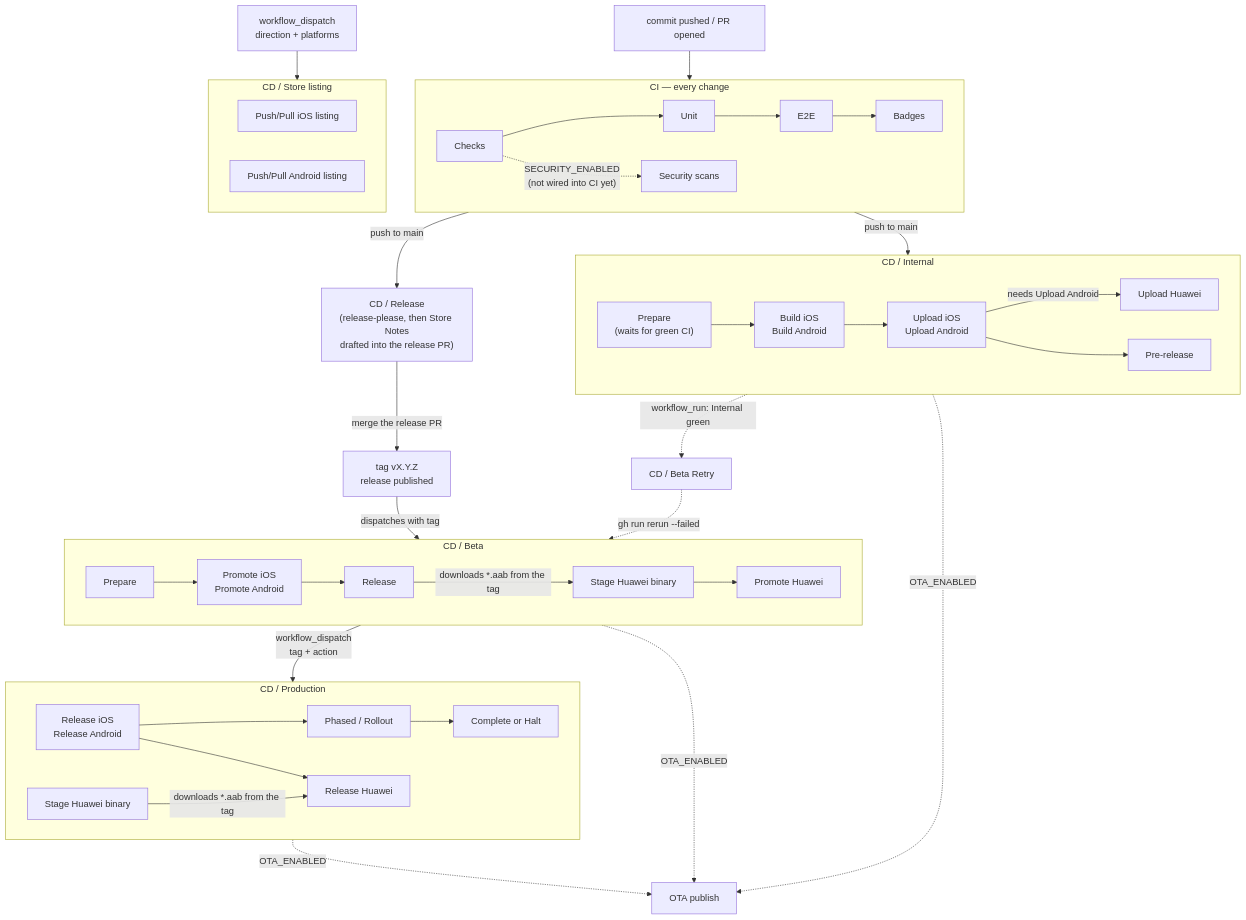
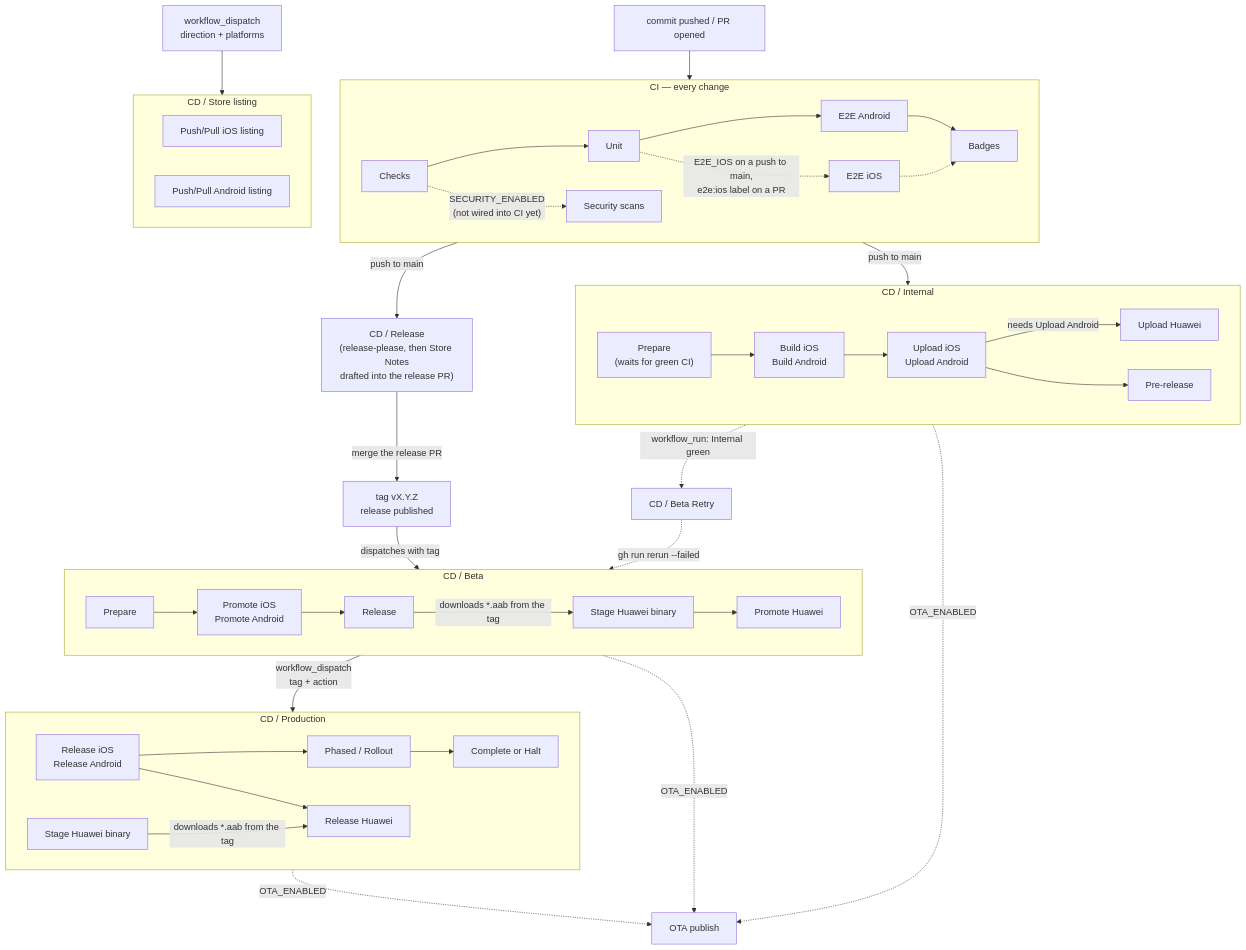
The diagram in docs/ci.md (blinkbitcoin/react-native-mobile-template), drawn with Mermaid before and after one commit. The commit also changed other lines of this file and 3 other files, not shown here.

````diff
--- a/docs/ci.md
+++ b/docs/ci.md
@@ -23,55 +23,56 @@
 ```mermaid
 flowchart TD
   commit["commit pushed / PR opened"] --> CI
 
   subgraph CI["CI — every change"]
     direction LR
-    checks["Checks"] --> unit["Unit"] --> e2e["E2E"] --> badges["Badges"]
+    checks["Checks"] --> unit["Unit"] --> e2e["E2E Android"] --> badges["Badges"]
+    unit -.->|"E2E_IOS on a push to main,<br/>e2e:ios label on a PR"| e2eios["E2E iOS"] -.-> badges
     checks -.->|"SECURITY_ENABLED<br/>(not wired into CI yet)"| sec["Security scans"]
   end
 
   CI -->|"push to main"| rp["CD / Release<br/>(release-please, then Store Notes<br/>drafted into the release PR)"]
   CI -->|"push to main"| internal
 
   subgraph internal["CD / Internal"]
     direction LR
     prep["Prepare<br/>(waits for green CI)"] --> builds["Build iOS<br/>Build Android"]
     builds --> up["Upload iOS<br/>Upload Android"]
     up -->|"needs Upload Android"| uphuawei["Upload Huawei"]
     up --> pre["Pre-release"]
   end
 
   rp -->|"merge the release PR"| tag["tag vX.Y.Z<br/>release published"]
   tag -->|"dispatches with tag"| beta
 
   subgraph beta["CD / Beta"]
     direction LR
     bprep["Prepare"] --> promote["Promote iOS<br/>Promote Android"] --> brel["Release"]
     brel -->|"downloads *.aab from the tag"| bbin["Stage Huawei binary"]
     bbin --> bhuawei["Promote Huawei"]
   end
 
   internal -.->|"workflow_run: Internal green"| retry["CD / Beta Retry"]
   retry -.->|"gh run rerun --failed"| beta
 
   beta -->|"workflow_dispatch<br/>tag + action"| prod
 
   subgraph prod["CD / Production"]
     direction LR
     rel["Release iOS<br/>Release Android"] --> roll["Phased / Rollout"] --> done["Complete or Halt"]
     pbin["Stage Huawei binary"] -->|"downloads *.aab from the tag"| phuawei["Release Huawei"]
     rel --> phuawei
   end
 
   listing["workflow_dispatch<br/>direction + platforms"] --> sm
 
   subgraph sm["CD / Store listing"]
     direction LR
     smios["Push/Pull iOS listing"]
     smandroid["Push/Pull Android listing"]
   end
 
   pre -.->|"OTA_ENABLED"| ota["OTA publish"]
   brel -.->|"OTA_ENABLED"| ota
   prod -.->|"OTA_ENABLED"| ota
 ```
````
